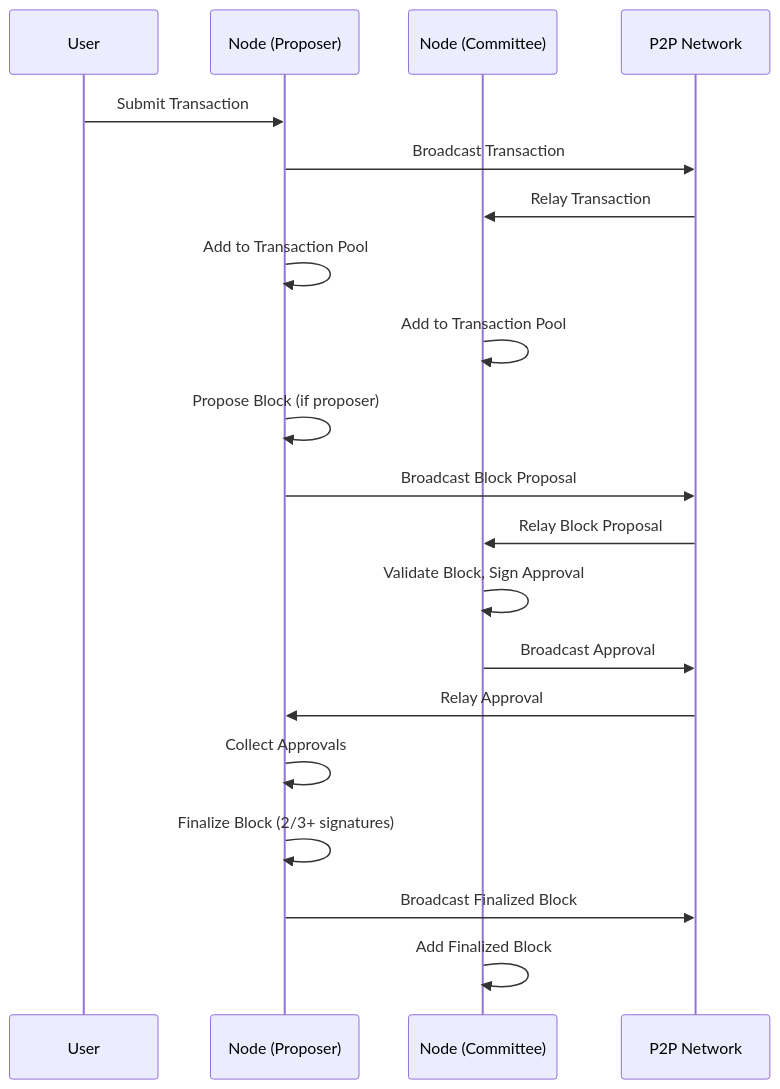
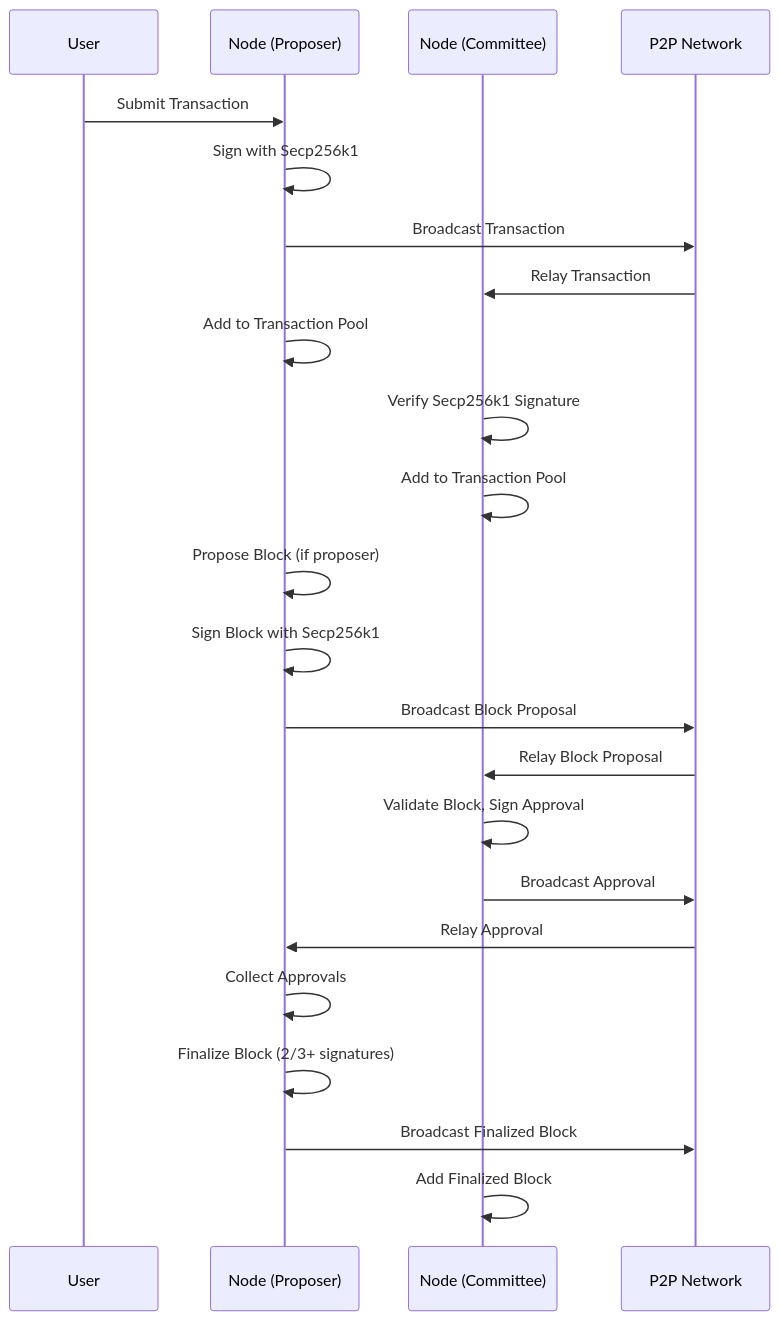
One commit to DivinerX/dyphira-chain changed the second of 2 diagrams in TECHNICAL.md. Above: the diagram before and after it, drawn with Mermaid. The commit also changed other lines of this file and 3 other files, not shown here.

````diff
--- a/TECHNICAL.md
+++ b/TECHNICAL.md
@@ -67,23 +73,26 @@
 ```mermaid
 sequenceDiagram
   participant User
   participant NodeA as Node (Proposer)
   participant NodeB as Node (Committee)
   participant P2P as P2P Network
 
   User->>NodeA: Submit Transaction
+  NodeA->>NodeA: Sign with Secp256k1
   NodeA->>P2P: Broadcast Transaction
   P2P->>NodeB: Relay Transaction
   NodeA->>NodeA: Add to Transaction Pool
+  NodeB->>NodeB: Verify Secp256k1 Signature
   NodeB->>NodeB: Add to Transaction Pool
   NodeA->>NodeA: Propose Block (if proposer)
+  NodeA->>NodeA: Sign Block with Secp256k1
   NodeA->>P2P: Broadcast Block Proposal
   P2P->>NodeB: Relay Block Proposal
   NodeB->>NodeB: Validate Block, Sign Approval
   NodeB->>P2P: Broadcast Approval
   P2P->>NodeA: Relay Approval
   NodeA->>NodeA: Collect Approvals
   NodeA->>NodeA: Finalize Block (2/3+ signatures)
   NodeA->>P2P: Broadcast Finalized Block
   NodeB->>NodeB: Add Finalized Block
 ```
````
